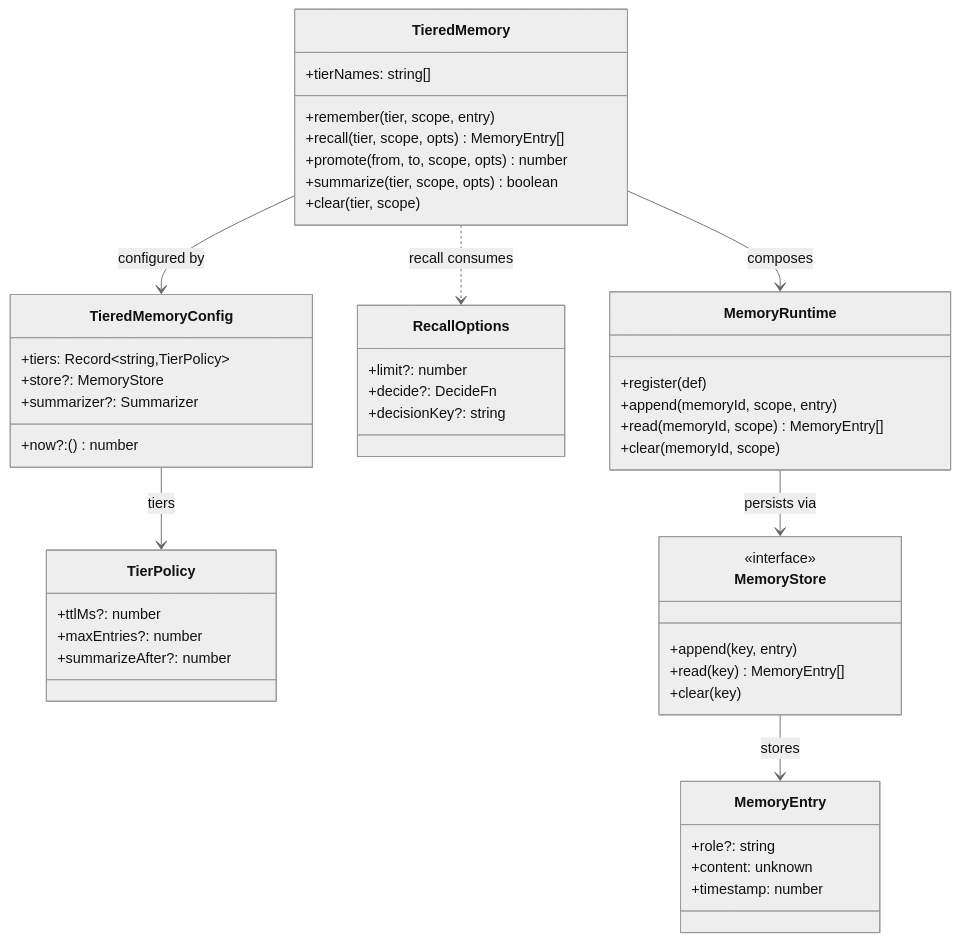
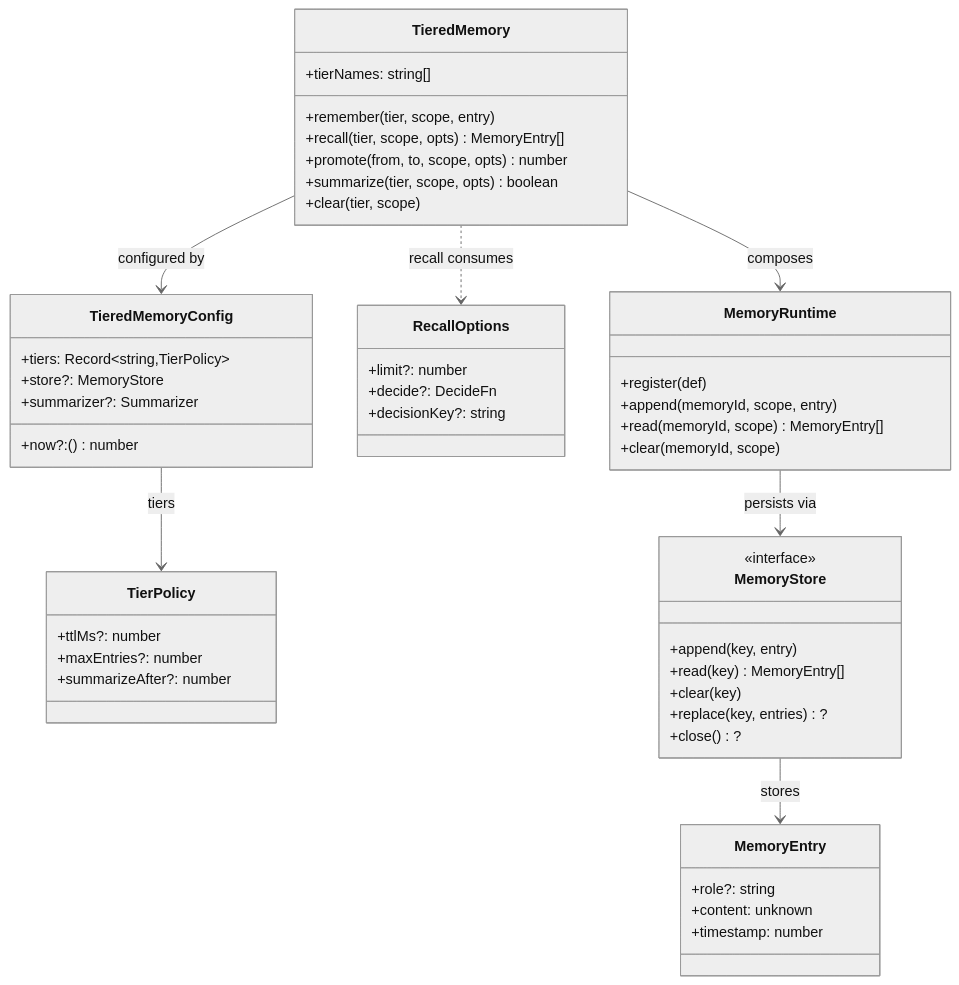
Before and after one commit to chhetrisushil/loom: the fourth of 7 diagrams in docs/loom-2.0/02-reasoning-and-memory.md, drawn with Mermaid (neutral theme). The commit also changed other lines of this file and 24 other files, not shown here.

````diff
--- a/docs/loom-2.0/02-reasoning-and-memory.md
+++ b/docs/loom-2.0/02-reasoning-and-memory.md
@@ -352,51 +352,53 @@
 ```mermaid
 classDiagram
   class TieredMemory {
     +tierNames: string[]
     +remember(tier, scope, entry)
     +recall(tier, scope, opts) MemoryEntry[]
     +promote(from, to, scope, opts) number
     +summarize(tier, scope, opts) boolean
     +clear(tier, scope)
   }
   class TieredMemoryConfig {
     +tiers: Record~string,TierPolicy~
     +store?: MemoryStore
     +summarizer?: Summarizer
     +now?: () number
   }
   class TierPolicy {
     +ttlMs?: number
     +maxEntries?: number
     +summarizeAfter?: number
   }
   class RecallOptions {
     +limit?: number
     +decide?: DecideFn
     +decisionKey?: string
   }
   class MemoryRuntime {
     +register(def)
     +append(memoryId, scope, entry)
     +read(memoryId, scope) MemoryEntry[]
     +clear(memoryId, scope)
   }
   class MemoryStore {
     <<interface>>
     +append(key, entry)
     +read(key) MemoryEntry[]
     +clear(key)
+    +replace(key, entries)?
+    +close()?
   }
   class MemoryEntry {
     +role?: string
     +content: unknown
     +timestamp: number
   }
 
   TieredMemory --> TieredMemoryConfig : configured by
   TieredMemory --> MemoryRuntime : composes
   TieredMemoryConfig --> TierPolicy : tiers
   TieredMemory ..> RecallOptions : recall consumes
   MemoryRuntime --> MemoryStore : persists via
   MemoryStore --> MemoryEntry : stores
 ```
````
